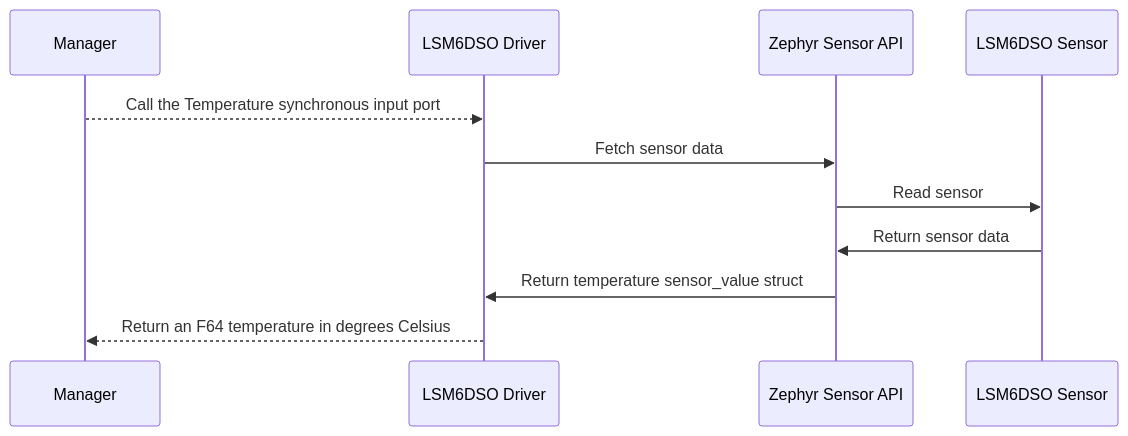
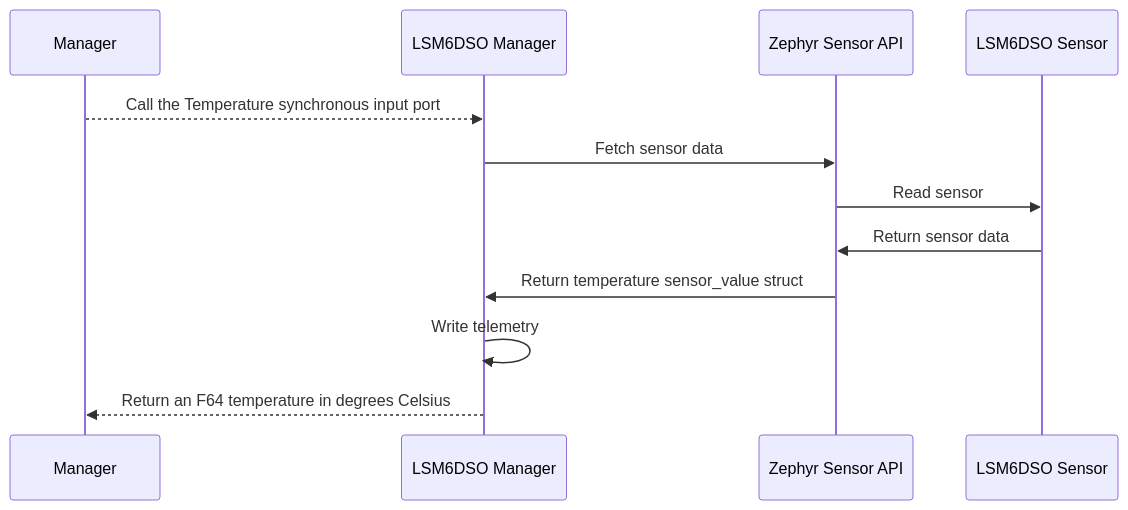
Before and after one commit to Open-Source-Space-Foundation/proves-core-reference: the fourth of 4 diagrams in FprimeZephyrReference/Components/Drv/Lsm6dsoManager/docs/sdd.md, drawn with Mermaid. The commit also changed other lines of this file and 11 other files, not shown here.

Commit message:
clear throttle, configure lsm6 sensor, read->get

````diff
--- a/FprimeZephyrReference/Components/Drv/Lsm6dsoManager/docs/sdd.md
+++ b/FprimeZephyrReference/Components/Drv/Lsm6dsoManager/docs/sdd.md
@@ -79,14 +82,15 @@
 ```mermaid
 sequenceDiagram
     participant Manager
-    participant LSM6DSO Driver
+    participant LSM6DSO Manager
     participant Zephyr Sensor API
     participant LSM6DSO Sensor
 
-    Manager-->>LSM6DSO Driver: Call the Temperature synchronous input port
-    LSM6DSO Driver->>Zephyr Sensor API: Fetch sensor data
+    Manager-->>LSM6DSO Manager: Call the Temperature synchronous input port
+    LSM6DSO Manager->>Zephyr Sensor API: Fetch sensor data
     Zephyr Sensor API->>LSM6DSO Sensor: Read sensor
     LSM6DSO Sensor->>Zephyr Sensor API: Return sensor data
-    Zephyr Sensor API->>LSM6DSO Driver: Return temperature sensor_value struct
-    LSM6DSO Driver-->>Manager: Return an F64 temperature in degrees Celsius
+    Zephyr Sensor API->>LSM6DSO Manager: Return temperature sensor_value struct
+    LSM6DSO Manager->>LSM6DSO Manager: Write telemetry
+    LSM6DSO Manager-->>Manager: Return an F64 temperature in degrees Celsius
 ```
````
